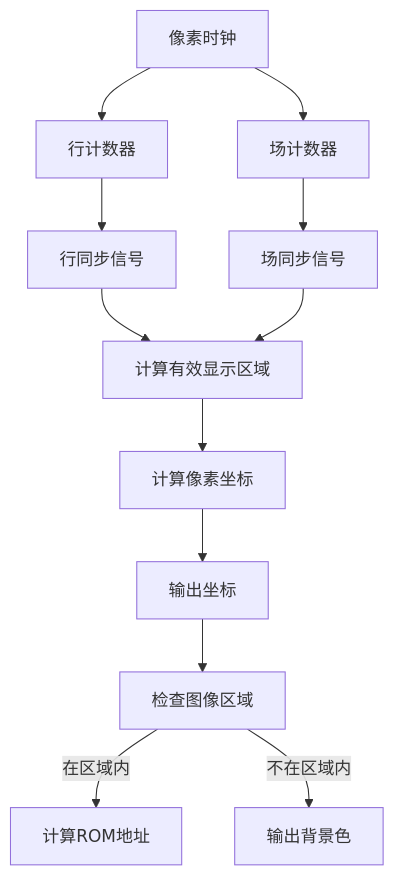
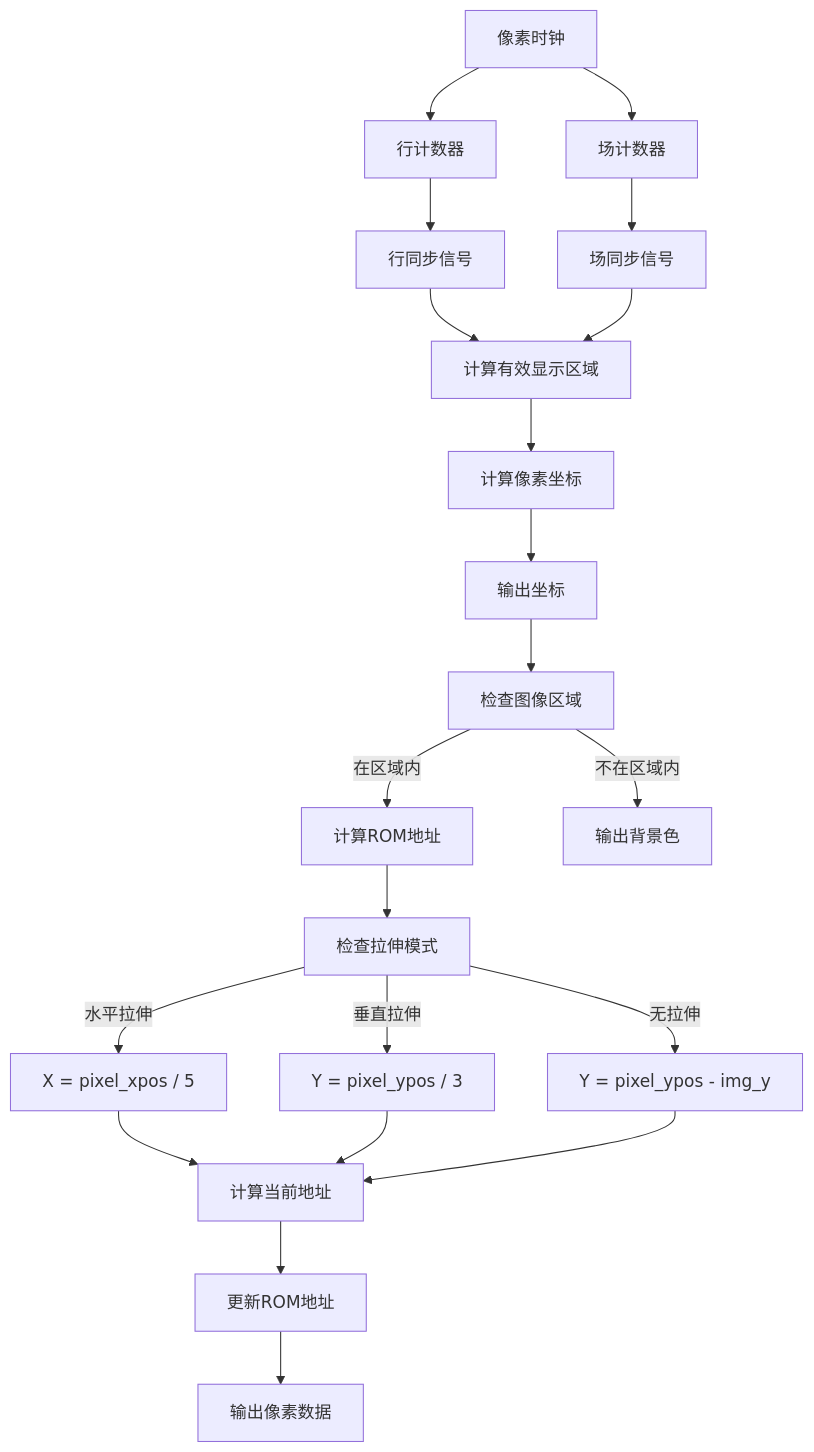
One commit to soupherexd/LCD_ROM_PIC changed diagram 14 of 16 in .qoder/repowiki/zh/content/运动控制.md. Above: the diagram before and after it, drawn with Mermaid. The commit also changed other lines of this file and 5 other files, not shown here.

````diff
--- a/.qoder/repowiki/zh/content/运动控制.md
+++ b/.qoder/repowiki/zh/content/运动控制.md
@@ -410,14 +457,23 @@
 ```mermaid
 flowchart TD
 PixelClock["像素时钟"] --> HCounter["行计数器"]
 PixelClock --> VCounter["场计数器"]
 HCounter --> HSync["行同步信号"]
 VCounter --> VSync["场同步信号"]
 HSync --> EnableCalc["计算有效显示区域"]
 VSync --> EnableCalc
 EnableCalc --> PixelPosCalc["计算像素坐标"]
 PixelPosCalc --> OutputPos["输出坐标"]
 OutputPos --> ImageAreaCheck["检查图像区域"]
 ImageAreaCheck --> |在区域内| RomAddressCalc["计算ROM地址"]
 ImageAreaCheck --> |不在区域内| BackgroundOutput["输出背景色"]
+RomAddressCalc --> StretchCalc["检查拉伸模式"]
+StretchCalc --> |水平拉伸| HorStretch["X = pixel_xpos / 5"]
+StretchCalc --> |垂直拉伸| VerStretch["Y = pixel_ypos / 3"]
+StretchCalc --> |无拉伸| NormalCalc["Y = pixel_ypos - img_y"]
+HorStretch --> CurrentAddr["计算当前地址"]
+VerStretch --> CurrentAddr
+NormalCalc --> CurrentAddr
+CurrentAddr --> AddressUpdate["更新ROM地址"]
+AddressUpdate --> OutputPixel["输出像素数据"]
 ```
````
